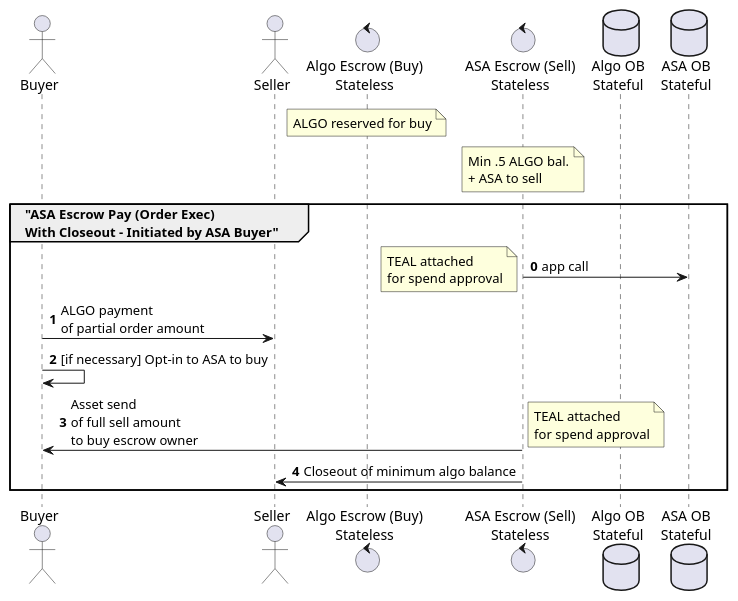
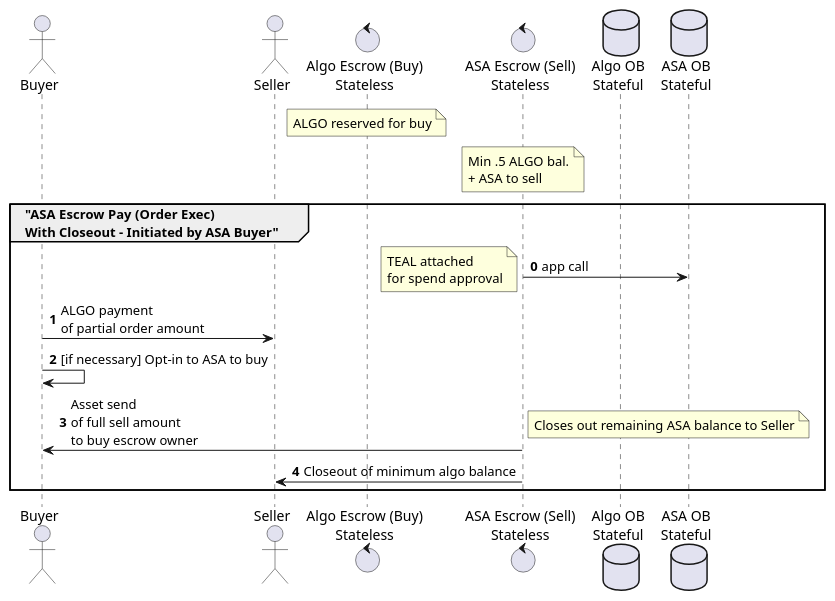
The diagram in diagrams/asa_escrow_execute_full.puml (algodex/algodex-architecture), drawn with PlantUML before and after one commit. The commit also changed 2 other files, not shown here.

Commit message:
fix asa execute with closeout diagram

```diff
--- a/diagrams/asa_escrow_execute_full.puml
+++ b/diagrams/asa_escrow_execute_full.puml
@@ -1,22 +1,22 @@
 @startuml
 actor Buyer
 actor Seller
 control "Algo Escrow (Buy)\nStateless" as AlgoEscrow
 control "ASA Escrow (Sell)\nStateless" as ASAEscrow
 database "Algo OB\nStateful" as AlgoOB
 database "ASA OB\nStateful" as ASAOB
 note over AlgoEscrow: ALGO reserved for buy
 note over ASAEscrow: Min .5 ALGO bal.\n+ ASA to sell
 
 group "ASA Escrow Pay (Order Exec)\nWith Closeout - Initiated by ASA Buyer"
 autonumber 0
 ASAEscrow -> ASAOB: app call
 note left: TEAL attached\nfor spend approval
 Buyer -> Seller: ALGO payment\nof partial order amount
 Buyer -> Buyer: [if necessary] Opt-in to ASA to buy
 ASAEscrow -> Buyer: Asset send\nof full sell amount\nto buy escrow owner
-note right: TEAL attached\nfor spend approval
+note right: Closes out remaining ASA balance to Seller
 ASAEscrow -> Seller: Closeout of minimum algo balance
 end
 
 @enduml
```
